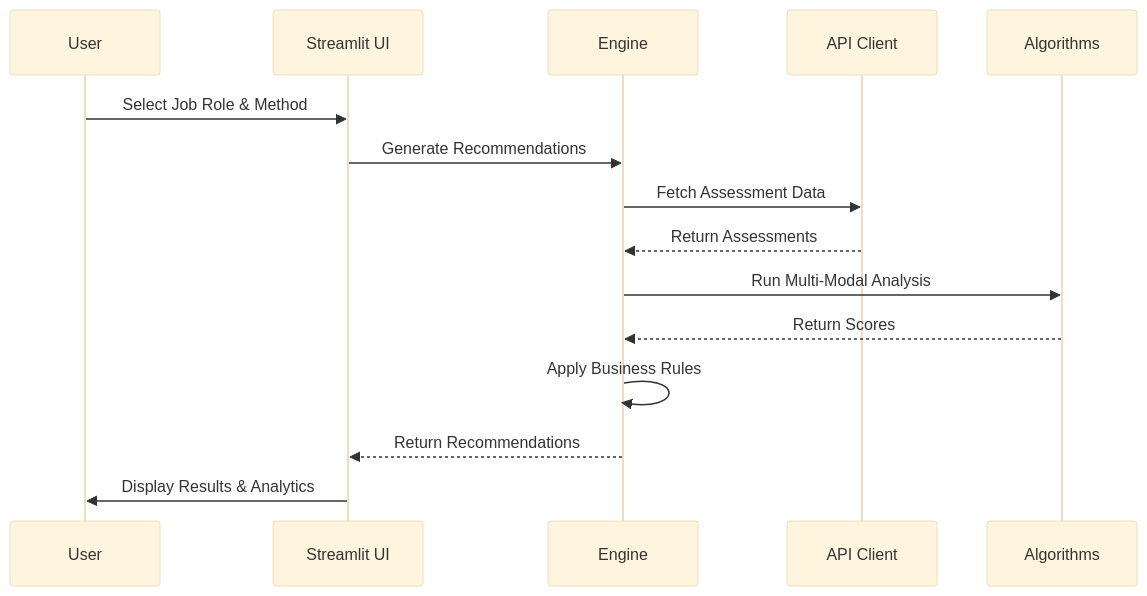
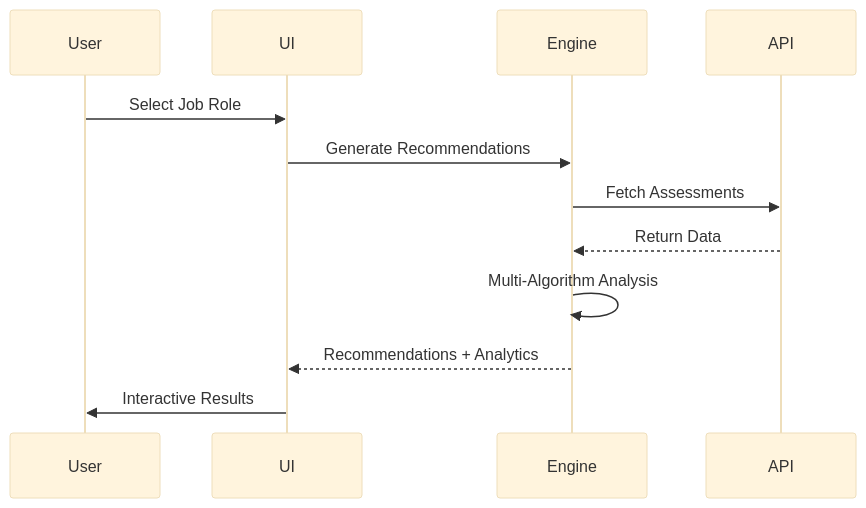
Before and after one commit to aditya2027krml/shl-recommendation-engine: the second of 2 diagrams in README.md, drawn with Mermaid (base theme). The commit also changed other lines of this file, not shown here.

````diff
--- a/README.md
+++ b/README.md
@@ -176,18 +45,15 @@
 ```mermaid
 sequenceDiagram
     participant User
-    participant Streamlit UI
+    participant UI
     participant Engine
-    participant API Client
-    participant Algorithms
+    participant API
     
-    User->>Streamlit UI: Select Job Role & Method
-    Streamlit UI->>Engine: Generate Recommendations
-    Engine->>API Client: Fetch Assessment Data
-    API Client-->>Engine: Return Assessments
-    Engine->>Algorithms: Run Multi-Modal Analysis
-    Algorithms-->>Engine: Return Scores
-    Engine->>Engine: Apply Business Rules
-    Engine-->>Streamlit UI: Return Recommendations
-    Streamlit UI->>User: Display Results & Analytics
+    User->>UI: Select Job Role
+    UI->>Engine: Generate Recommendations
+    Engine->>API: Fetch Assessments
+    API-->>Engine: Return Data
+    Engine->>Engine: Multi-Algorithm Analysis
+    Engine-->>UI: Recommendations + Analytics
+    UI->>User: Interactive Results
 ```
````
